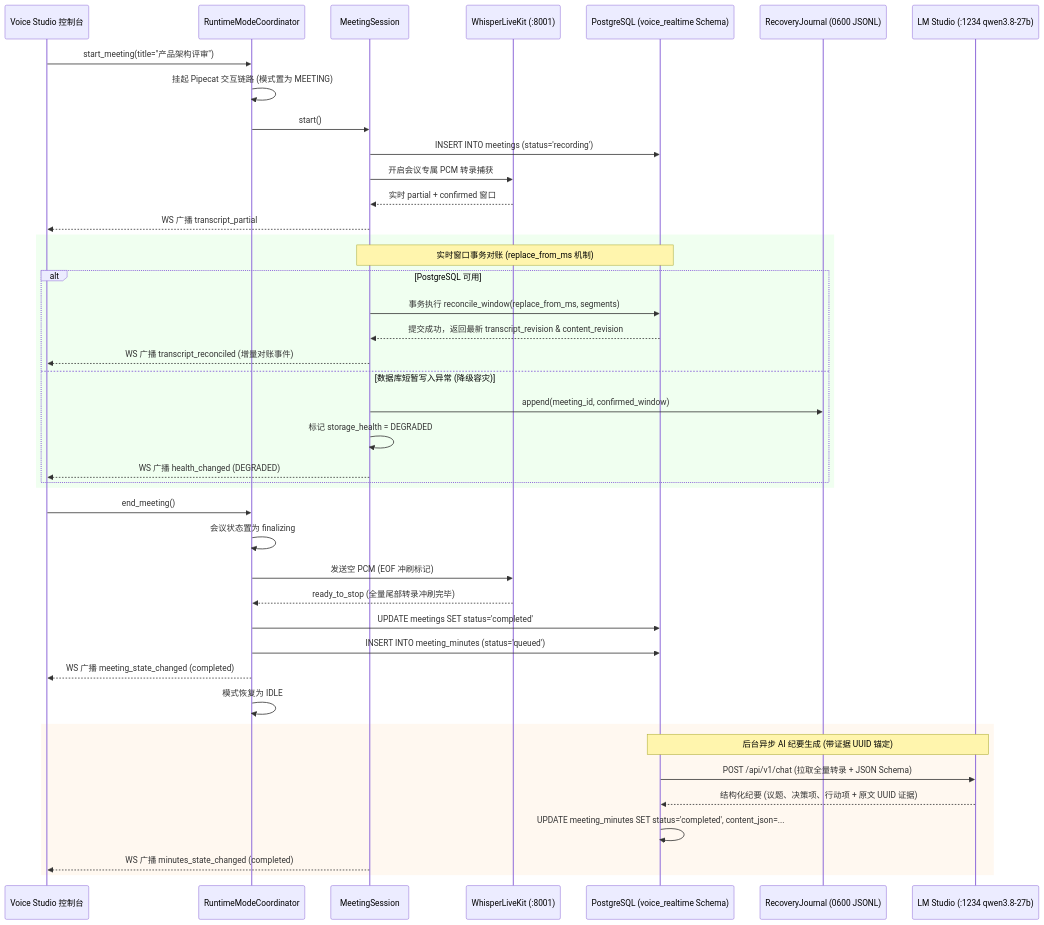
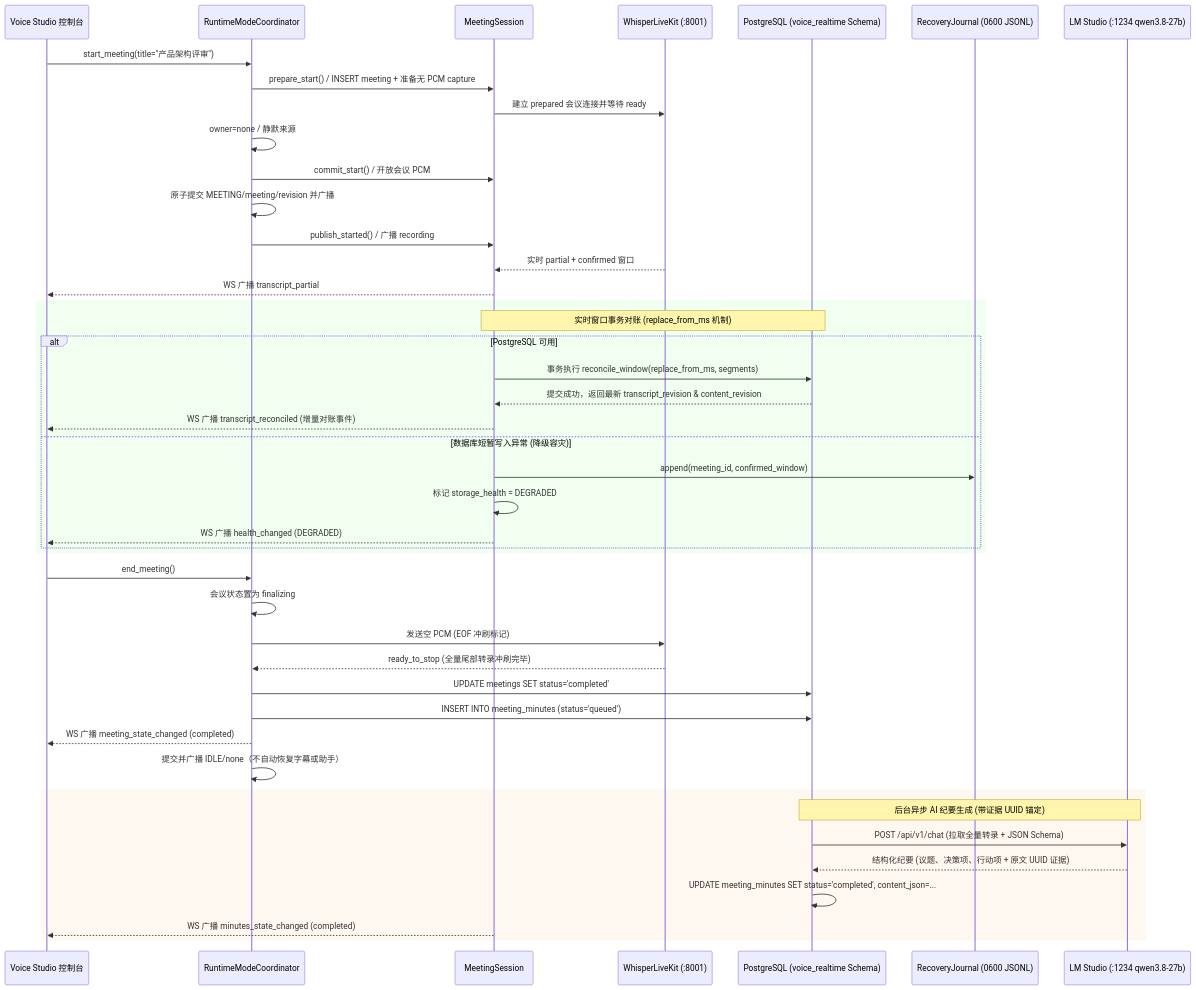
The tenth of 13 diagrams in docs/系统总体架构与详细设计方案.md (hrygo/voice-realtime), drawn with Mermaid before and after one commit. The commit also changed other lines of this file and 2 other files, not shown here.

````diff
--- a/docs/系统总体架构与详细设计方案.md
+++ b/docs/系统总体架构与详细设计方案.md
@@ -480,48 +522,50 @@
 ```mermaid
 sequenceDiagram
     participant UI as Voice Studio 控制台
     participant RT as RuntimeModeCoordinator
     participant MS as MeetingSession
     participant WLK as WhisperLiveKit (:8001)
     participant PG as PostgreSQL (voice_realtime Schema)
     participant RJ as RecoveryJournal (0600 JSONL)
     participant LM as LM Studio (:1234 qwen3.8-27b)
 
     UI->>RT: start_meeting(title="产品架构评审")
-    RT->>RT: 挂起 Pipecat 交互链路 (模式置为 MEETING)
-    RT->>MS: start()
-    MS->>PG: INSERT INTO meetings (status='recording')
-    MS->>WLK: 开启会议专属 PCM 转录捕获
+    RT->>MS: prepare_start() / INSERT meeting + 准备无 PCM capture
+    MS->>WLK: 建立 prepared 会议连接并等待 ready
+    RT->>RT: owner=none / 静默来源
+    RT->>MS: commit_start() / 开放会议 PCM
+    RT->>RT: 原子提交 MEETING/meeting/revision 并广播
+    RT->>MS: publish_started() / 广播 recording
     WLK-->>MS: 实时 partial + confirmed 窗口
     MS-->>UI: WS 广播 transcript_partial
 
     rect rgb(240, 255, 240)
     Note over MS,PG: 实时窗口事务对账 (replace_from_ms 机制)
     alt PostgreSQL 可用
         MS->>PG: 事务执行 reconcile_window(replace_from_ms, segments)
         PG-->>MS: 提交成功，返回最新 transcript_revision & content_revision
         MS-->>UI: WS 广播 transcript_reconciled (增量对账事件)
     else 数据库短暂写入异常 (降级容灾)
         MS->>RJ: append(meeting_id, confirmed_window)
         MS->>MS: 标记 storage_health = DEGRADED
         MS-->>UI: WS 广播 health_changed (DEGRADED)
     end
     end
 
     UI->>RT: end_meeting()
     RT->>RT: 会议状态置为 finalizing
     RT->>WLK: 发送空 PCM (EOF 冲刷标记)
     WLK-->>RT: ready_to_stop (全量尾部转录冲刷完毕)
     RT->>PG: UPDATE meetings SET status='completed'
     RT->>PG: INSERT INTO meeting_minutes (status='queued')
     RT-->>UI: WS 广播 meeting_state_changed (completed)
-    RT->>RT: 模式恢复为 IDLE
+    RT->>RT: 提交并广播 IDLE/none（不自动恢复字幕或助手）
 
     rect rgb(255, 248, 240)
     Note over PG,LM: 后台异步 AI 纪要生成 (带证据 UUID 锚定)
     PG->>LM: POST /api/v1/chat (拉取全量转录 + JSON Schema)
     LM-->>PG: 结构化纪要 (议题、决策项、行动项 + 原文 UUID 证据)
     PG->>PG: UPDATE meeting_minutes SET status='completed', content_json=...
     MS-->>UI: WS 广播 minutes_state_changed (completed)
     end
 ```
````
